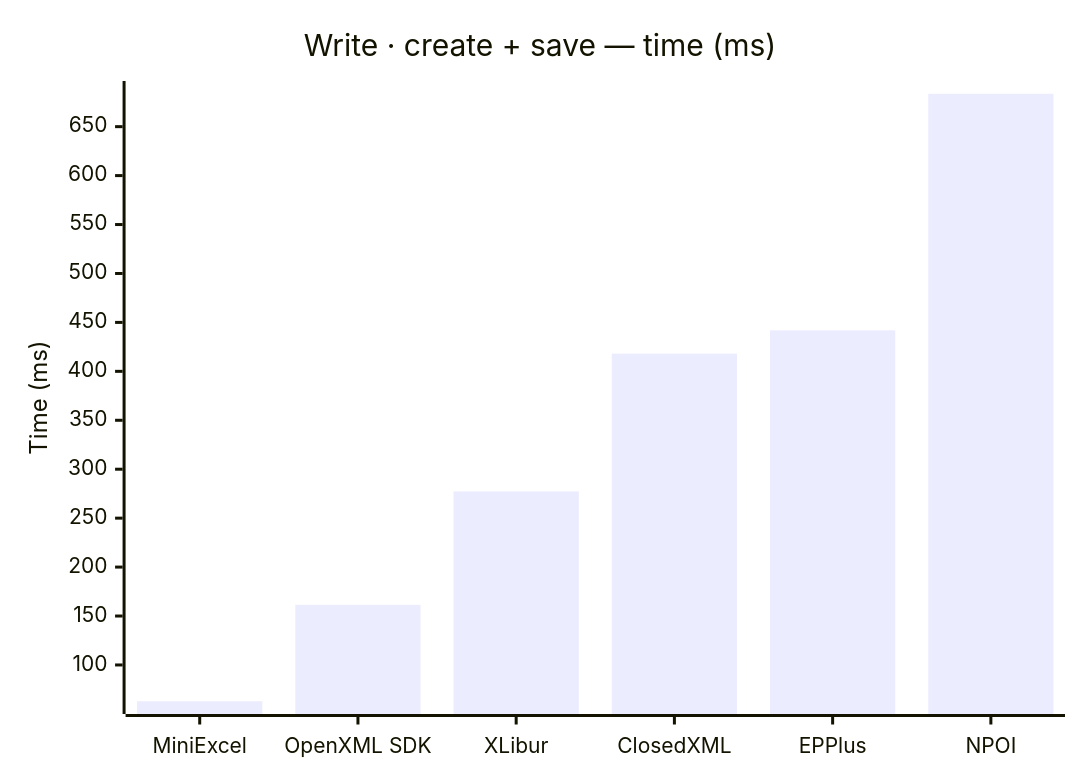
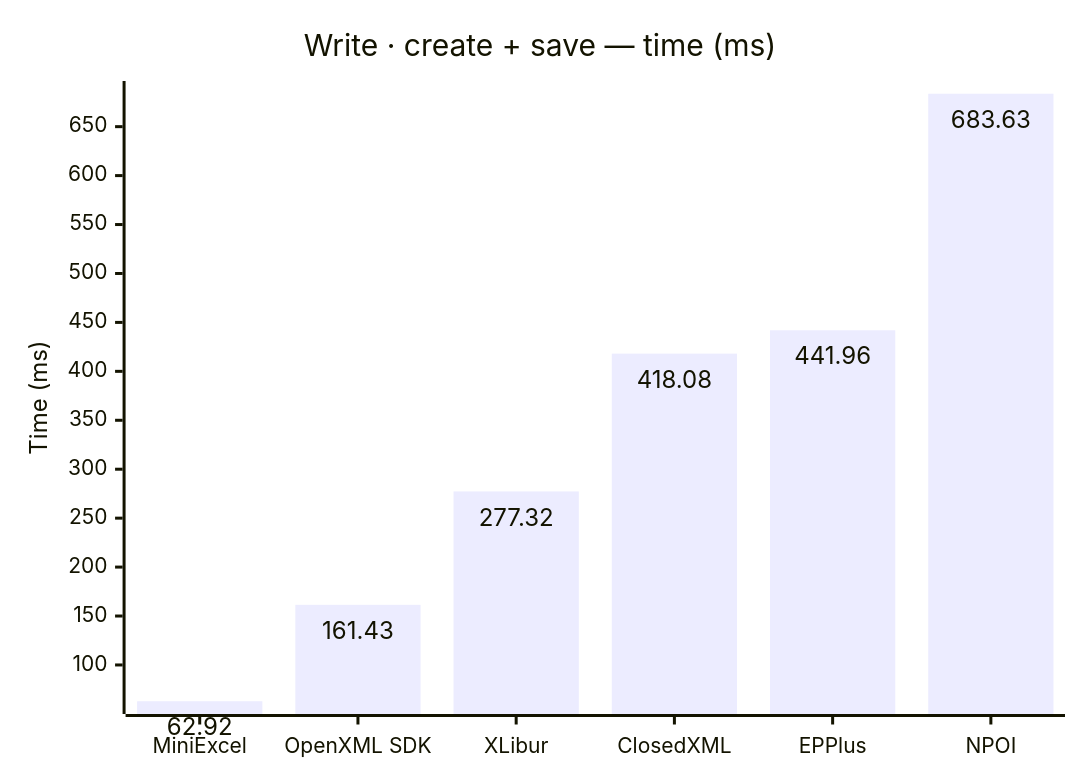
Before and after one commit to jafin/XLBench: the fifth of 6 diagrams in docs/results.md, drawn with Mermaid. The commit also changed other lines of this file and 1 other file, not shown here.

First line of the commit message:
Render mermaid charts on GitHub Pages + show bar data labels

````diff
--- a/docs/results.md
+++ b/docs/results.md
@@ -47,7 +70,12 @@
 ```mermaid
+---
+config:
+  xyChart:
+    showDataLabel: true
+---
 xychart-beta
     title "Write · create + save — time (ms)"
     x-axis ["MiniExcel", "OpenXML SDK", "XLibur", "ClosedXML", "EPPlus", "NPOI"]
     y-axis "Time (ms)"
     bar [62.92, 161.43, 277.32, 418.08, 441.96, 683.63]
 ```
````
